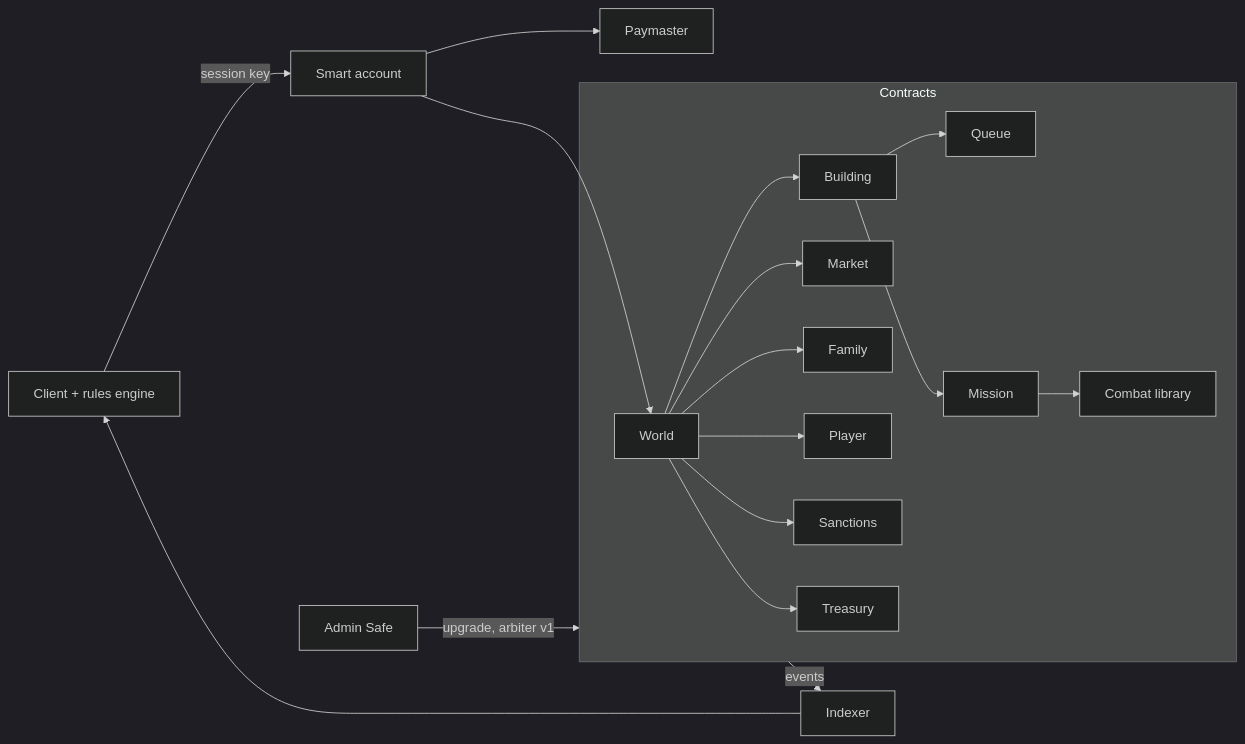
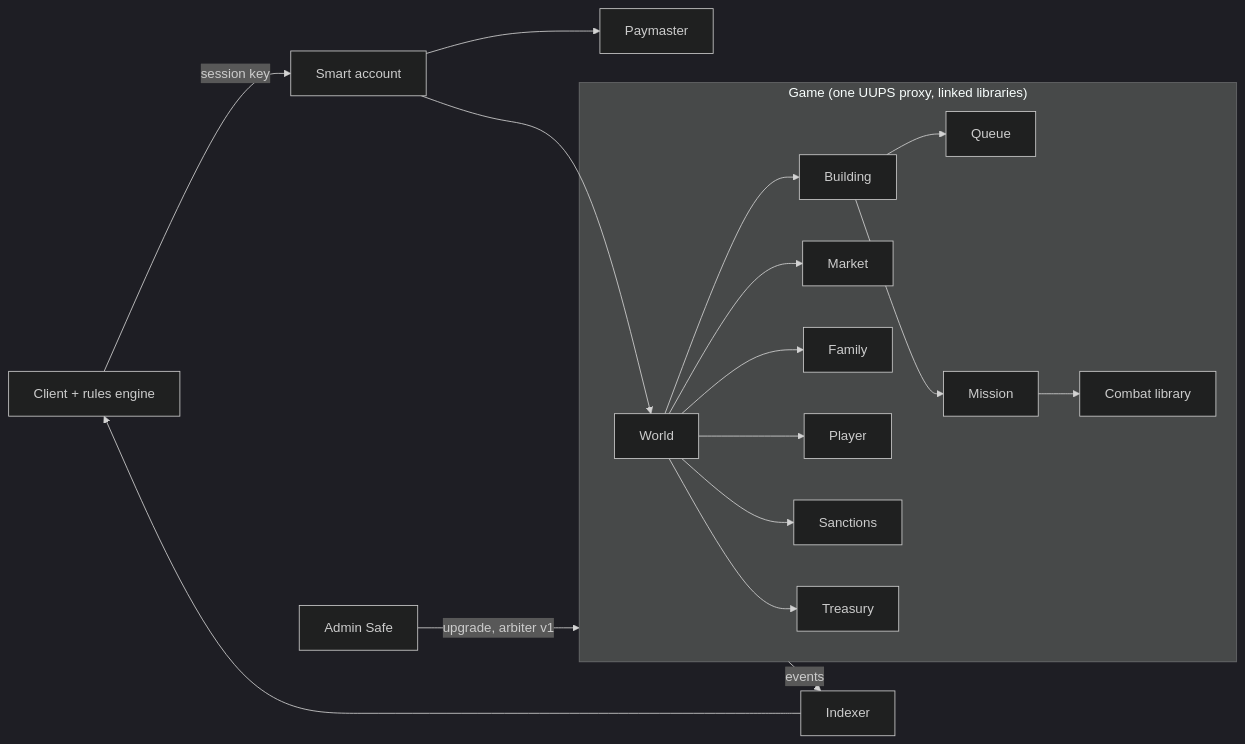
The diagram in docs/spec/blockchain.md (rodsouto/vendetta-plus-legacy), drawn with Mermaid (dark theme) before and after one commit. The commit also changed other lines of this file and 1 other file, not shown here.

Commit message:
Record global mission order, single proxy, exact stocks and queue timing (B-06, B-07, B-27-29)

````diff
--- a/docs/spec/blockchain.md
+++ b/docs/spec/blockchain.md
@@ -416,20 +455,20 @@
 ```mermaid
 flowchart LR
     Client[Client + rules engine] -->|session key| AA[Smart account]
     AA --> PM[Paymaster]
     AA --> World
-    subgraph Contracts
+    subgraph Contracts["Game (one UUPS proxy, linked libraries)"]
         World --> Building
         Building --> Queue
         Building --> Mission
         Mission --> Combat[Combat library]
         World --> Market
         World --> Family
         World --> Player
         World --> Sanctions
         World --> Treasury
     end
     Contracts -->|events| Indexer
     Indexer --> Client
     Safe[Admin Safe] -->|upgrade, arbiter v1| Contracts
 ```
````
